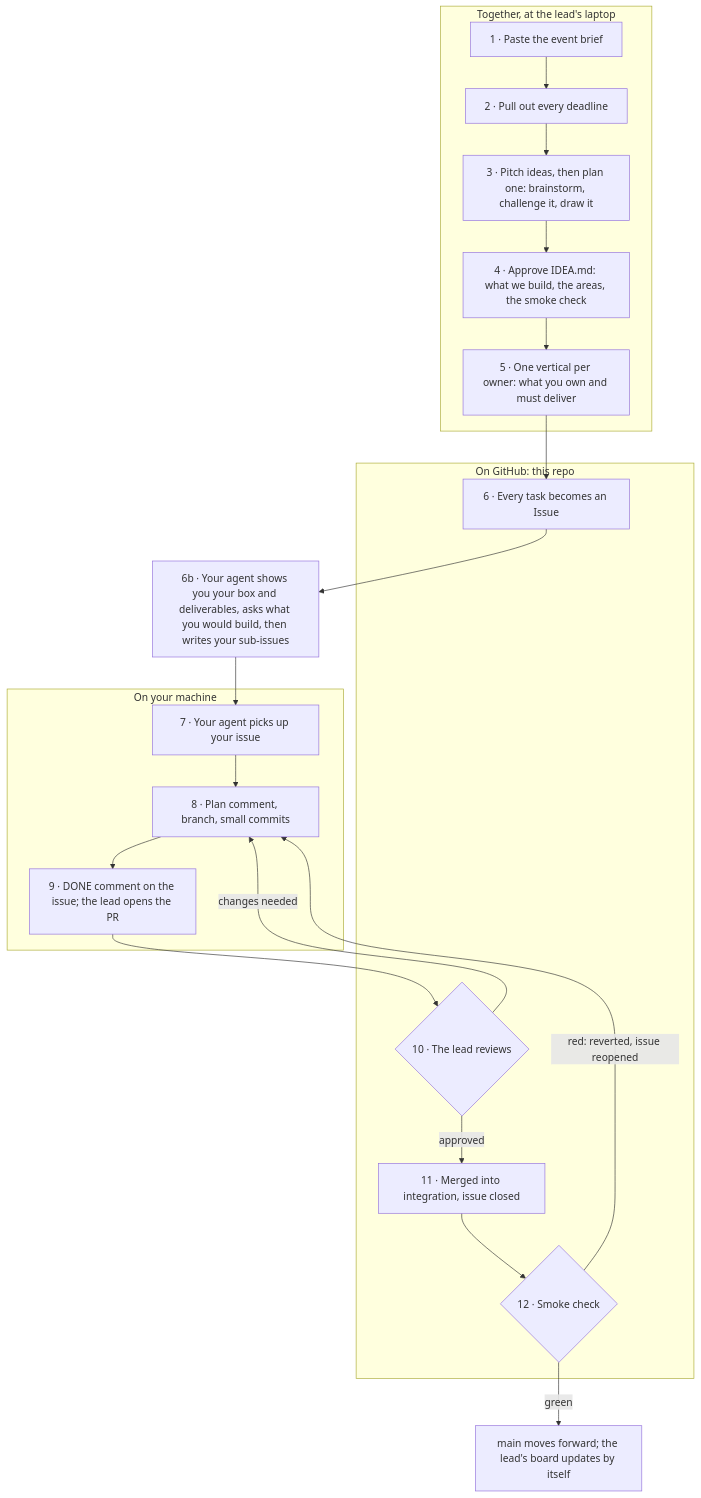
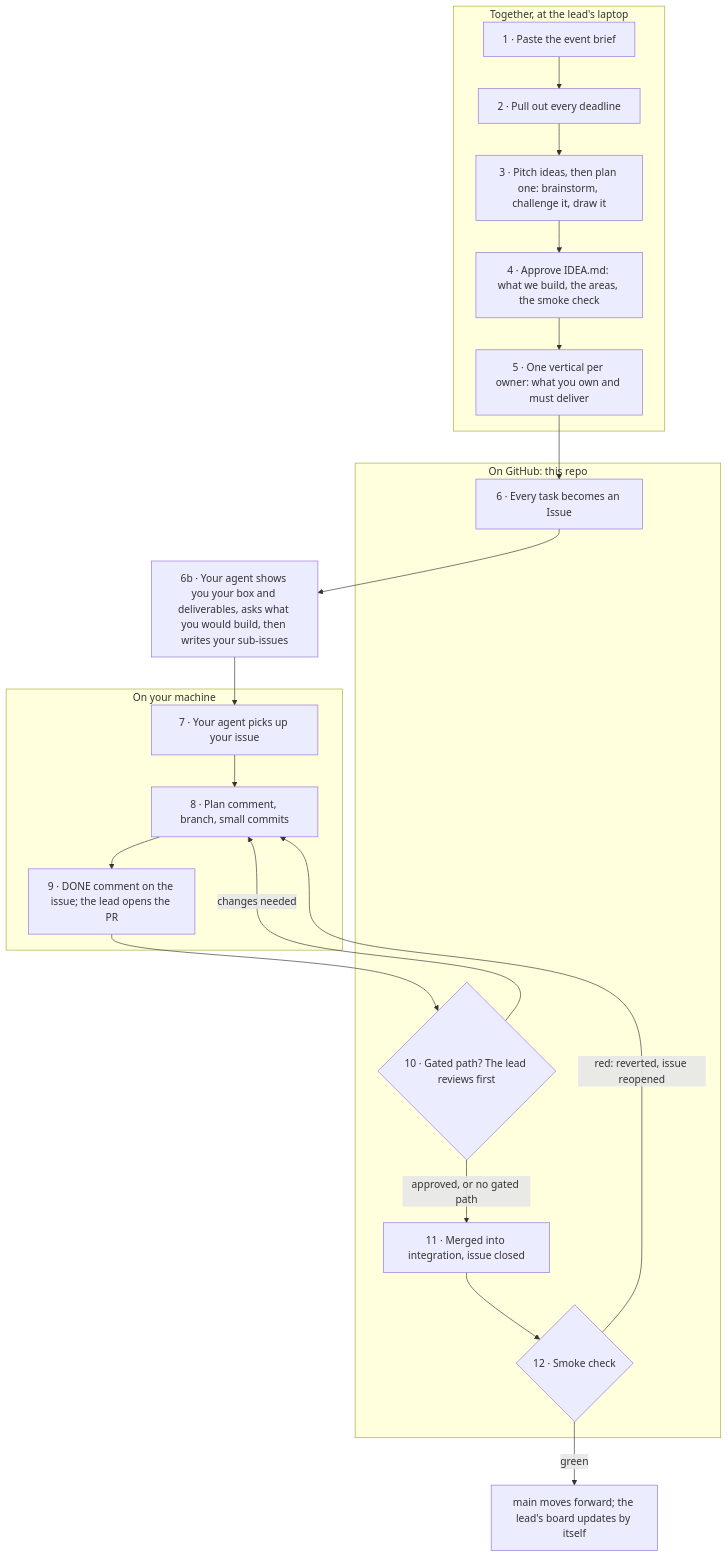
One commit to atiladeokegab/hackathon_teamwork changed the first of 5 diagrams in README.md. Above: the diagram before and after it, drawn with Mermaid. The commit also changed other lines of this file and 5 other files, not shown here.

First line of the commit message:
feat(kit): system rules first, DONE evidence, review by path, contract template

````diff
--- a/README.md
+++ b/README.md
@@ -35,26 +37,26 @@
 ```mermaid
 flowchart TB
     subgraph LEAD["Together, at the lead's laptop"]
         A["1 · Paste the event brief"] --> B["2 · Pull out every deadline"]
         B --> C["3 · Pitch ideas, then plan one: brainstorm, challenge it, draw it"]
         C --> D["4 · Approve IDEA.md: what we build, the areas, the smoke check"]
         D --> E["5 · One vertical per owner: what you own and must deliver"]
     end
     subgraph GH["On GitHub: this repo"]
         F["6 · Every task becomes an Issue"]
-        R{"10 · The lead reviews"}
+        R{"10 · Gated path? The lead reviews first"}
         M["11 · Merged into integration, issue closed"]
         S{"12 · Smoke check"}
     end
     subgraph YOU["On your machine"]
         G["7 · Your agent picks up your issue"] --> H["8 · Plan comment, branch, small commits"]
         H --> I["9 · DONE comment on the issue; the lead opens the PR"]
     end
     E --> F --> V["6b · Your agent shows you your box and deliverables, asks what you would build, then writes your sub-issues"] --> G
     I --> R
     R -- "changes needed" --> H
-    R -- "approved" --> M
+    R -- "approved, or no gated path" --> M
     M --> S
     S -- "green" --> N["main moves forward; the lead's board updates by itself"]
     S -- "red: reverted, issue reopened" --> H
 ```
````
